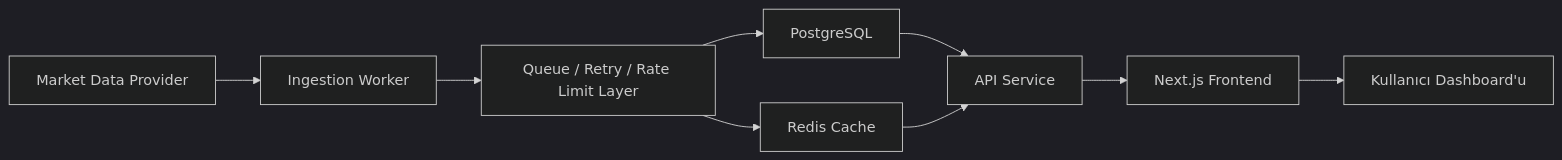
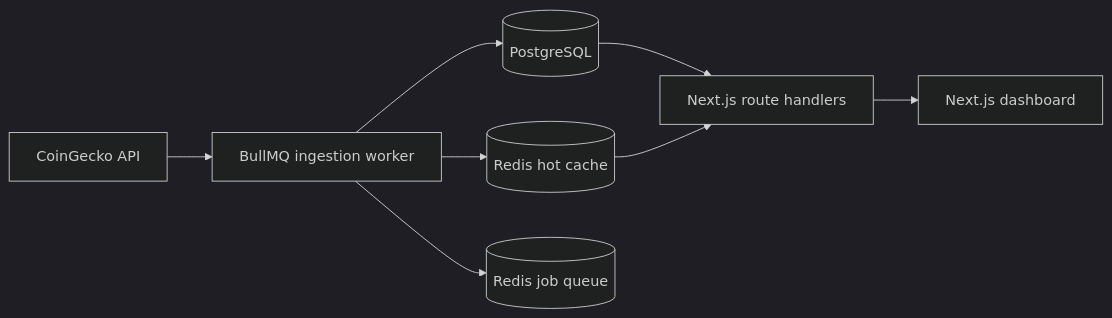
One commit to npcBerk/sonitus changed the diagram in README.md. Above: the diagram before and after it, drawn with Mermaid (dark theme). The commit also changed other lines of this file and 50 other files, not shown here.

Commit message:
feat: containerize application with Docker, add Redis-backed job queueing, and enhance backend resilience and data caching.

````diff
--- a/README.md
+++ b/README.md
@@ -87,11 +18,10 @@
 ```mermaid
 flowchart LR
-  A[Market Data Provider] --> B[Ingestion Worker]
-  B --> C[Queue / Retry / Rate Limit Layer]
-  C --> D[PostgreSQL]
-  C --> E[Redis Cache]
-  D --> F[API Service]
-  E --> F
-  F --> G[Next.js Frontend]
-  G --> H[Kullanıcı Dashboard'u]
+  CG[CoinGecko API] --> W[BullMQ ingestion worker]
+  W --> PG[(PostgreSQL)]
+  W --> RC[(Redis hot cache)]
+  W --> Q[(Redis job queue)]
+  PG --> API[Next.js route handlers]
+  RC --> API
+  API --> UI[Next.js dashboard]
 ```
````
